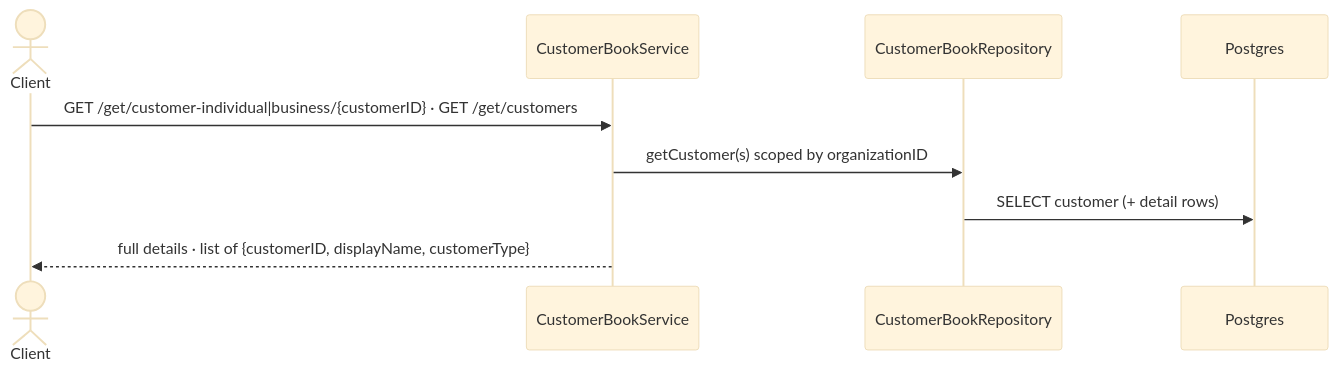
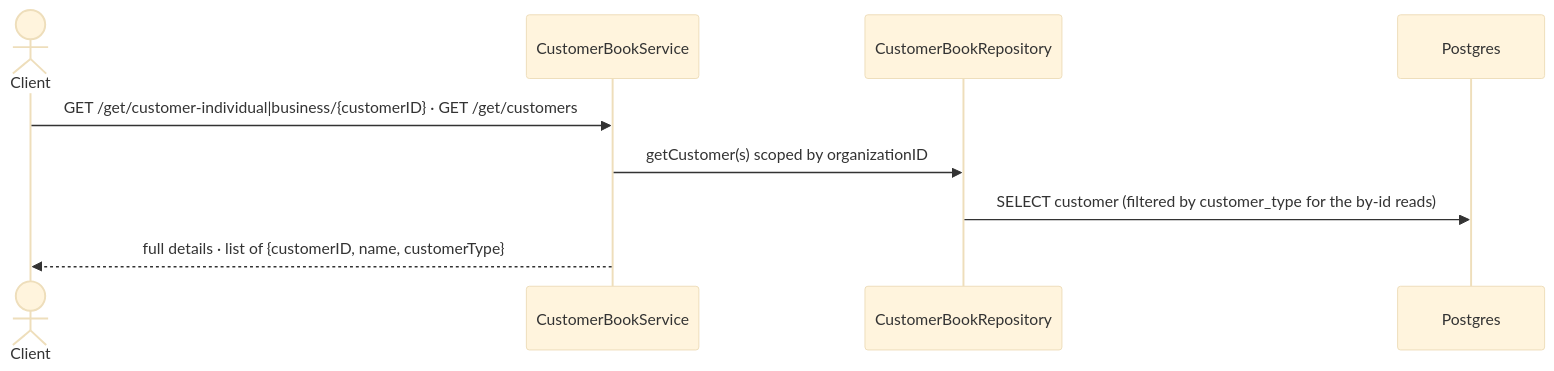
Before and after one commit to mesazon-org/app: the fourth of 4 diagrams in docs-claude/features/customer-book.md, drawn with Mermaid (base theme). The commit also changed other lines of this file and 19 other files, not shown here.

````diff
--- a/docs-claude/features/customer-book.md
+++ b/docs-claude/features/customer-book.md
@@ -180,12 +184,12 @@
 ```mermaid
 sequenceDiagram
     actor Client
     participant SVC as CustomerBookService
     participant Repo as CustomerBookRepository
     participant DB as Postgres
 
     Client->>SVC: GET /get/customer-individual|business/{customerID}  ·  GET /get/customers
     SVC->>Repo: getCustomer(s) scoped by organizationID
-    Repo->>DB: SELECT customer (+ detail rows)
-    SVC-->>Client: full details  ·  list of {customerID, displayName, customerType}
+    Repo->>DB: SELECT customer (filtered by customer_type for the by-id reads)
+    SVC-->>Client: full details  ·  list of {customerID, name, customerType}
 ```
````
